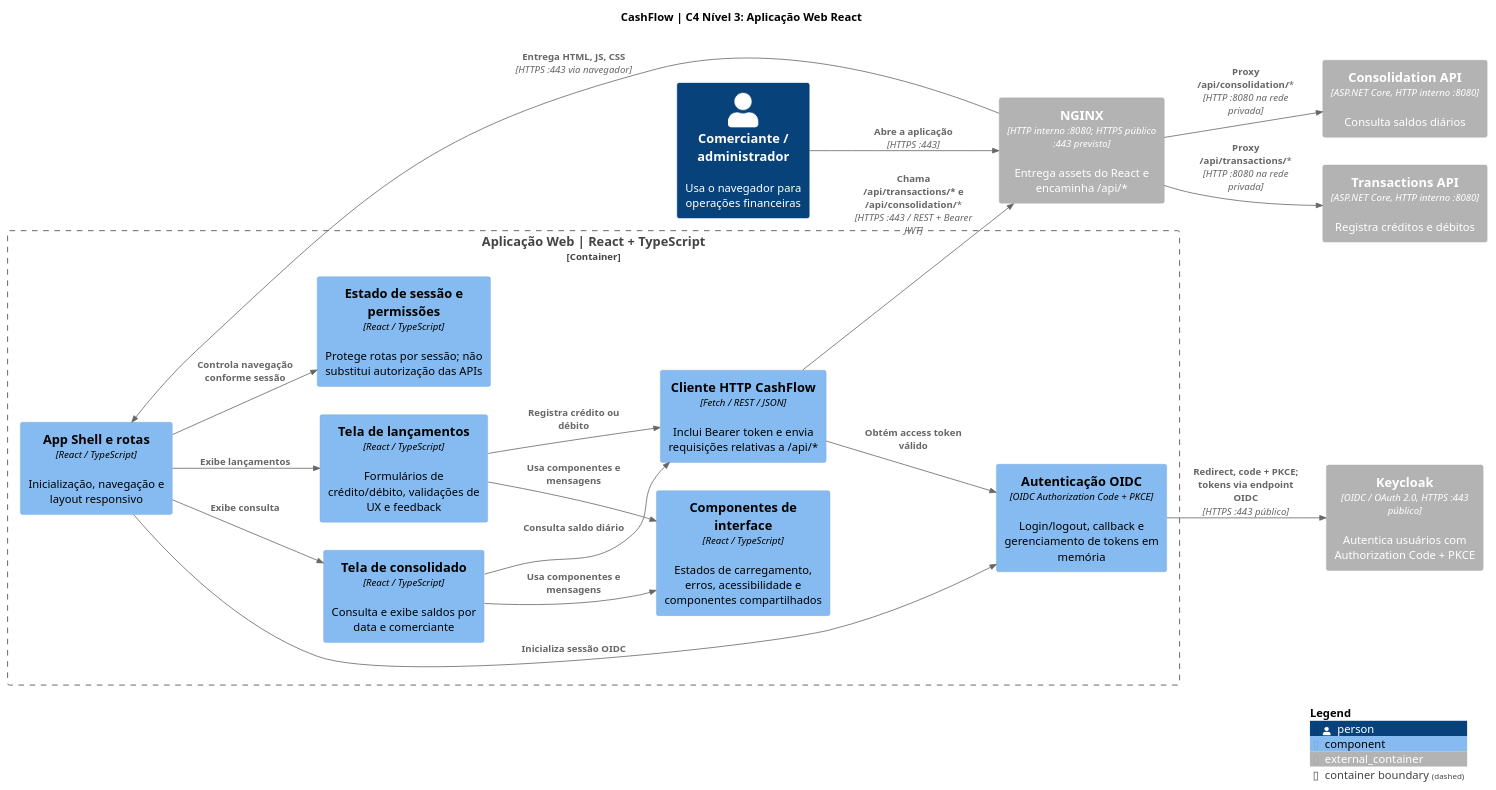
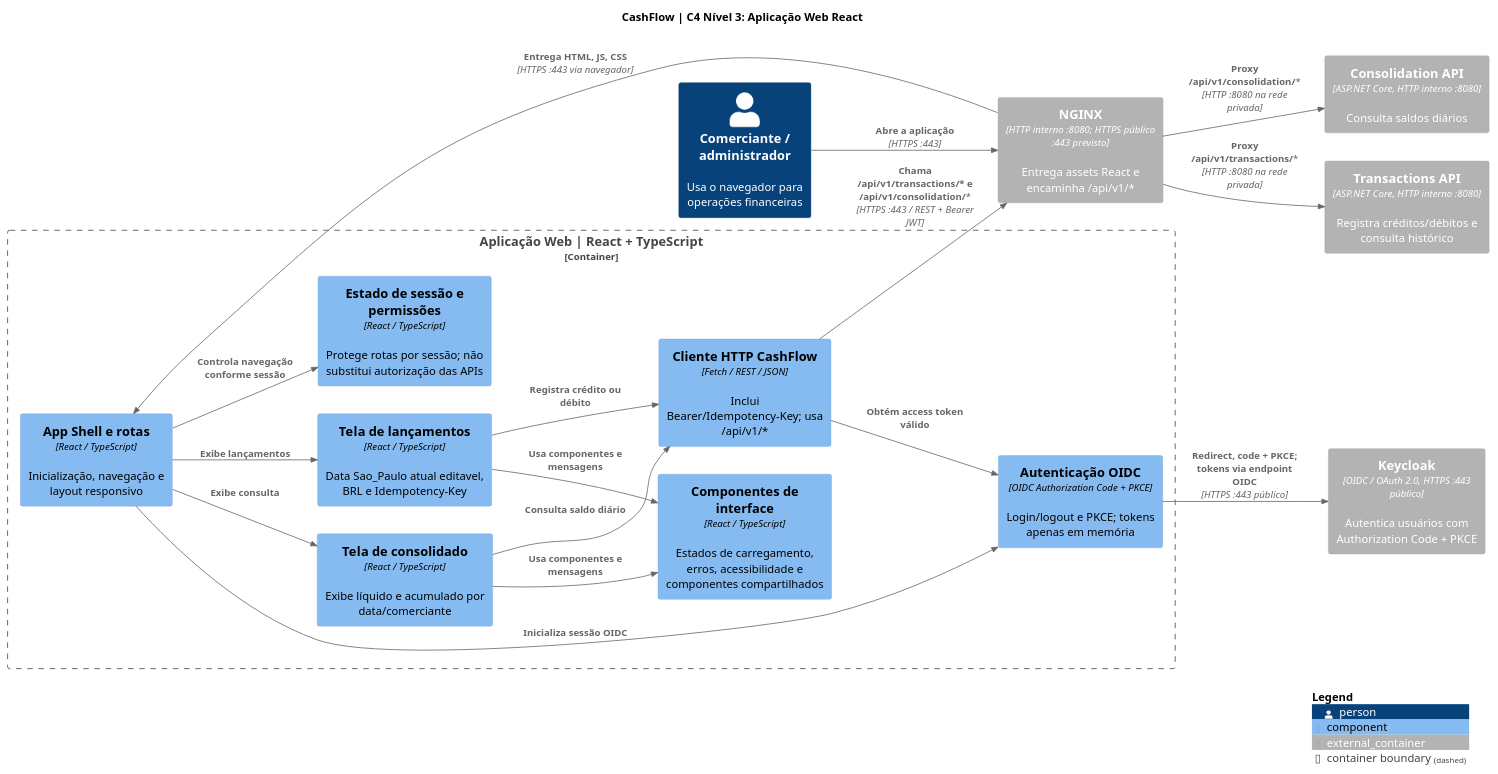
The diagram in docs/architecture/plantuml/c4-components-frontend.puml (wolwerr/CashFlow-Architecture), drawn with PlantUML before and after one commit.

Commit message:
docs(mvp): align C4 container and component diagrams with approved authorization, balances and v1 API

```diff
--- a/docs/architecture/plantuml/c4-components-frontend.puml
+++ b/docs/architecture/plantuml/c4-components-frontend.puml
@@ -1,40 +1,40 @@
 @startuml CashFlow_Frontend_Components
 !include <C4/C4_Component>
 
 title CashFlow | C4 Nível 3: Aplicação Web React
 LAYOUT_LEFT_RIGHT()
 
 Person(user, "Comerciante / administrador", "Usa o navegador para operações financeiras")
-Container_Ext(nginx, "NGINX", "HTTP interno :8080; HTTPS público :443 previsto", "Entrega assets do React e encaminha /api/*")
+Container_Ext(nginx, "NGINX", "HTTP interno :8080; HTTPS público :443 previsto", "Entrega assets React e encaminha /api/v1/*")
 Container_Ext(keycloak, "Keycloak", "OIDC / OAuth 2.0, HTTPS :443 público", "Autentica usuários com Authorization Code + PKCE")
-Container_Ext(transactions, "Transactions API", "ASP.NET Core, HTTP interno :8080", "Registra créditos e débitos")
+Container_Ext(transactions, "Transactions API", "ASP.NET Core, HTTP interno :8080", "Registra créditos/débitos e consulta histórico")
 Container_Ext(consolidation, "Consolidation API", "ASP.NET Core, HTTP interno :8080", "Consulta saldos diários")
 
 Container_Boundary(frontend, "Aplicação Web | React + TypeScript") {
   Component(shell, "App Shell e rotas", "React / TypeScript", "Inicialização, navegação e layout responsivo")
-  Component(auth, "Autenticação OIDC", "OIDC Authorization Code + PKCE", "Login/logout, callback e gerenciamento de tokens em memória")
+  Component(auth, "Autenticação OIDC", "OIDC Authorization Code + PKCE", "Login/logout e PKCE; tokens apenas em memória")
   Component(access, "Estado de sessão e permissões", "React / TypeScript", "Protege rotas por sessão; não substitui autorização das APIs")
-  Component(form, "Tela de lançamentos", "React / TypeScript", "Formulários de crédito/débito, validações de UX e feedback")
-  Component(balance, "Tela de consolidado", "React / TypeScript", "Consulta e exibe saldos por data e comerciante")
-  Component(api, "Cliente HTTP CashFlow", "Fetch / REST / JSON", "Inclui Bearer token e envia requisições relativas a /api/*")
+  Component(form, "Tela de lançamentos", "React / TypeScript", "Data Sao_Paulo atual editavel, BRL e Idempotency-Key")
+  Component(balance, "Tela de consolidado", "React / TypeScript", "Exibe líquido e acumulado por data/comerciante")
+  Component(api, "Cliente HTTP CashFlow", "Fetch / REST / JSON", "Inclui Bearer/Idempotency-Key; usa /api/v1/*")
   Component(ui, "Componentes de interface", "React / TypeScript", "Estados de carregamento, erros, acessibilidade e componentes compartilhados")
 }
 
 Rel(user, nginx, "Abre a aplicação", "HTTPS :443")
 Rel(nginx, shell, "Entrega HTML, JS, CSS", "HTTPS :443 via navegador")
 Rel(shell, auth, "Inicializa sessão OIDC")
 Rel(shell, access, "Controla navegação conforme sessão")
 Rel(shell, form, "Exibe lançamentos")
 Rel(shell, balance, "Exibe consulta")
 Rel(form, ui, "Usa componentes e mensagens")
 Rel(balance, ui, "Usa componentes e mensagens")
 Rel(form, api, "Registra crédito ou débito")
 Rel(balance, api, "Consulta saldo diário")
 Rel(api, auth, "Obtém access token válido")
 Rel(auth, keycloak, "Redirect, code + PKCE; tokens via endpoint OIDC", "HTTPS :443 público")
-Rel(api, nginx, "Chama /api/transactions/* e /api/consolidation/*", "HTTPS :443 / REST + Bearer JWT")
-Rel(nginx, transactions, "Proxy /api/transactions/*", "HTTP :8080 na rede privada")
-Rel(nginx, consolidation, "Proxy /api/consolidation/*", "HTTP :8080 na rede privada")
+Rel(api, nginx, "Chama /api/v1/transactions/* e /api/v1/consolidation/*", "HTTPS :443 / REST + Bearer JWT")
+Rel(nginx, transactions, "Proxy /api/v1/transactions/*", "HTTP :8080 na rede privada")
+Rel(nginx, consolidation, "Proxy /api/v1/consolidation/*", "HTTP :8080 na rede privada")
 
 SHOW_LEGEND()
 @enduml
```
